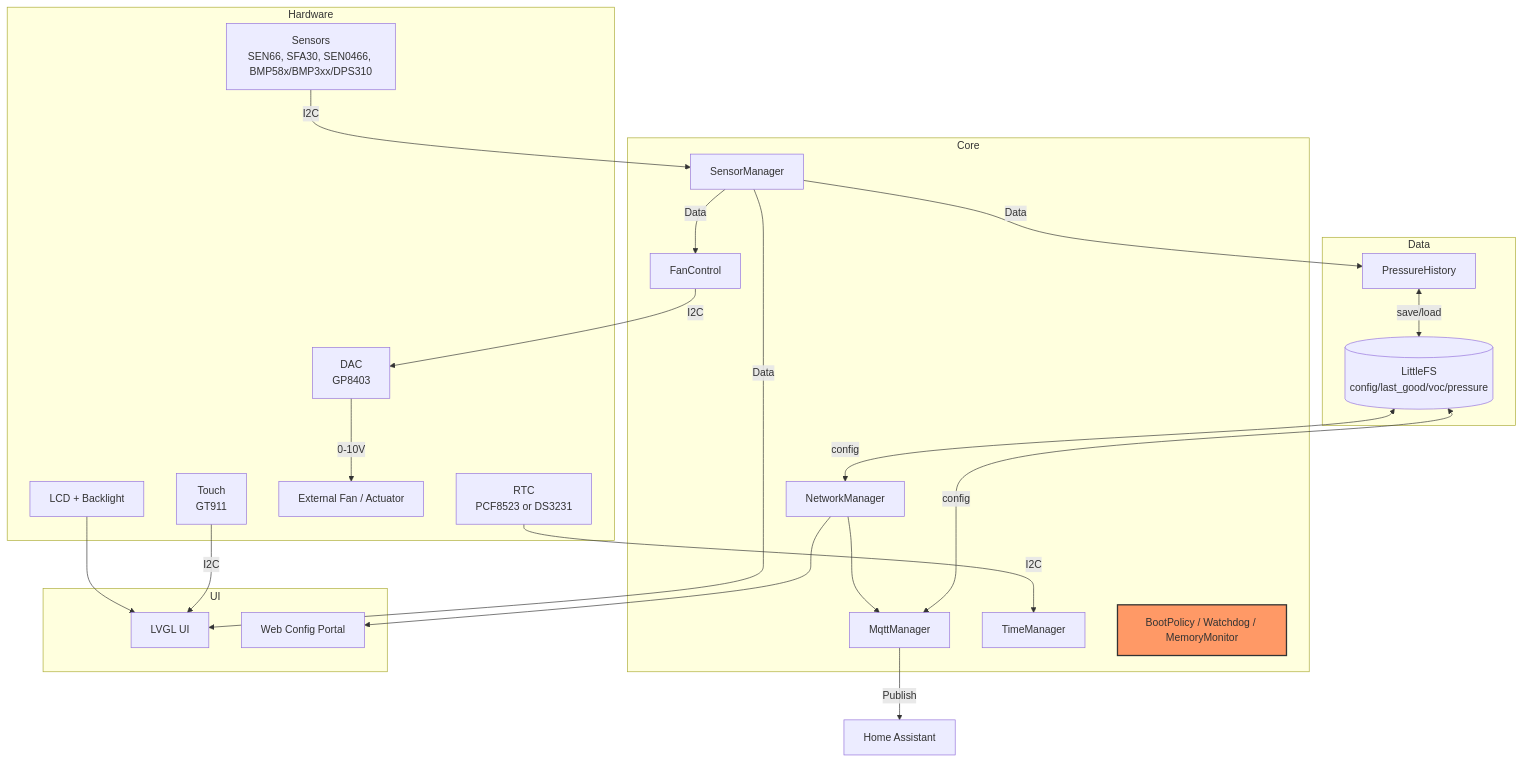
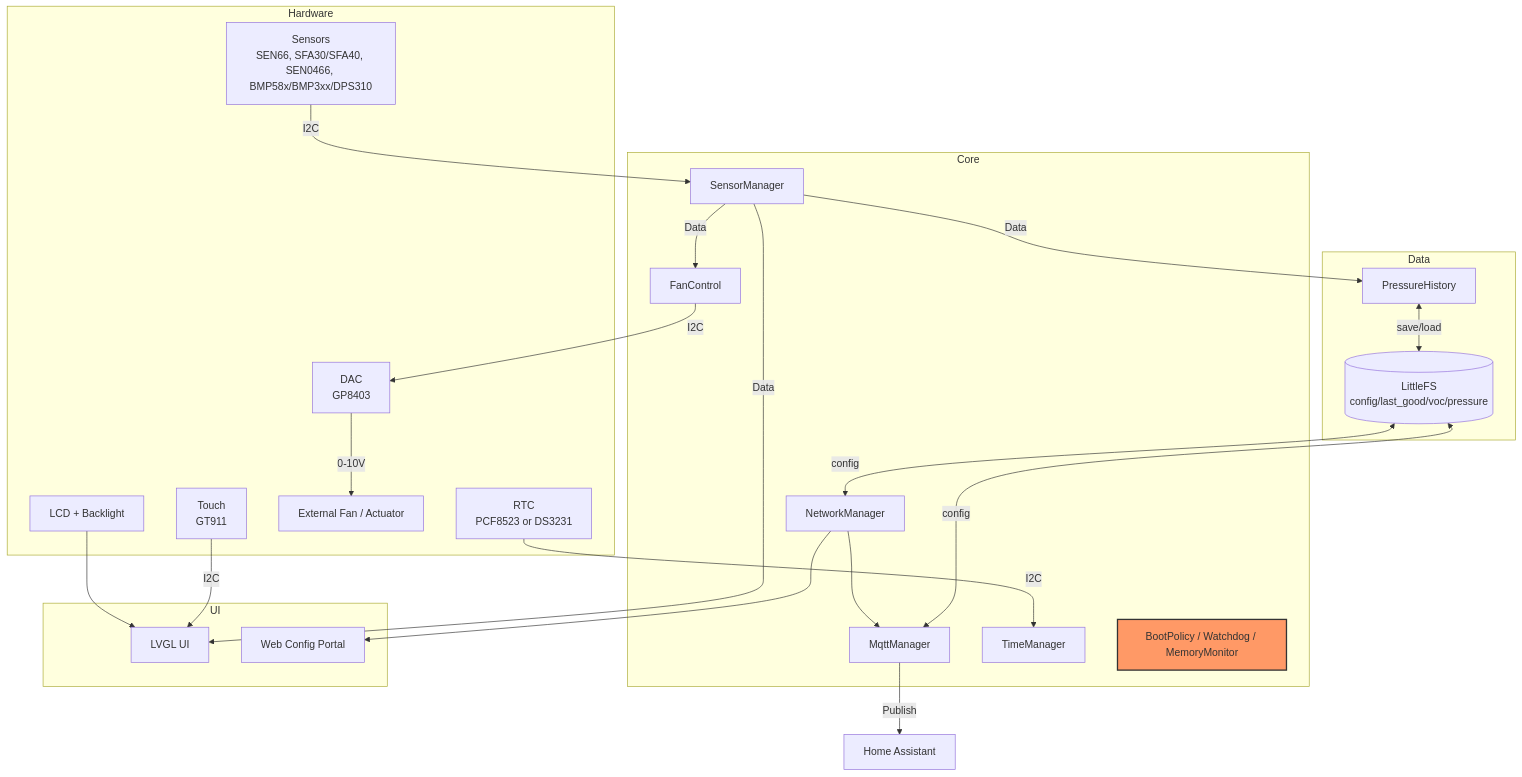
Before and after one commit to marekpetak/project_aura: the diagram in README.md, drawn with Mermaid. The commit also changed other lines of this file, not shown here.

Commit message:
Document SFA40 and refresh DFRobot links

````diff
--- a/README.md
+++ b/README.md
@@ -171,48 +171,48 @@
 ```mermaid
 graph TD
     subgraph Hardware
-        Sensors[Sensors<br/>SEN66, SFA30, SEN0466, BMP58x/BMP3xx/DPS310]
+        Sensors[Sensors<br/>SEN66, SFA30/SFA40, SEN0466, BMP58x/BMP3xx/DPS310]
         Touch[Touch<br/>GT911]
         RTC[RTC<br/>PCF8523 or DS3231]
         DAC[DAC<br/>GP8403]
         Actuator[External Fan / Actuator]
         LCD[LCD + Backlight]
     end
 
     subgraph Core
         SM[SensorManager]
         FC[FanControl]
         NM[NetworkManager]
         MM[MqttManager]
         TM[TimeManager]
         CoreLogic[BootPolicy / Watchdog / MemoryMonitor]
     end
 
     subgraph Data
         History[PressureHistory]
         Storage[(LittleFS<br/>config/last_good/voc/pressure)]
     end
 
     subgraph UI
         LVGL[LVGL UI]
         Web[Web Config Portal]
     end
 
     Sensors -->|I2C| SM
     RTC -->|I2C| TM
     Touch -->|I2C| LVGL
     LCD --> LVGL
     SM -->|Data| LVGL
     SM -->|Data| FC
     SM -->|Data| History
     FC -->|I2C| DAC
     DAC -->|0-10V| Actuator
     History <-->|save/load| Storage
     Storage <-->|config| NM
     Storage <-->|config| MM
     NM --> Web
     NM --> MM
     MM -->|Publish| HA[Home Assistant]
 
     style CoreLogic fill:#f96,stroke:#333,stroke-width:2px
 ```
````
